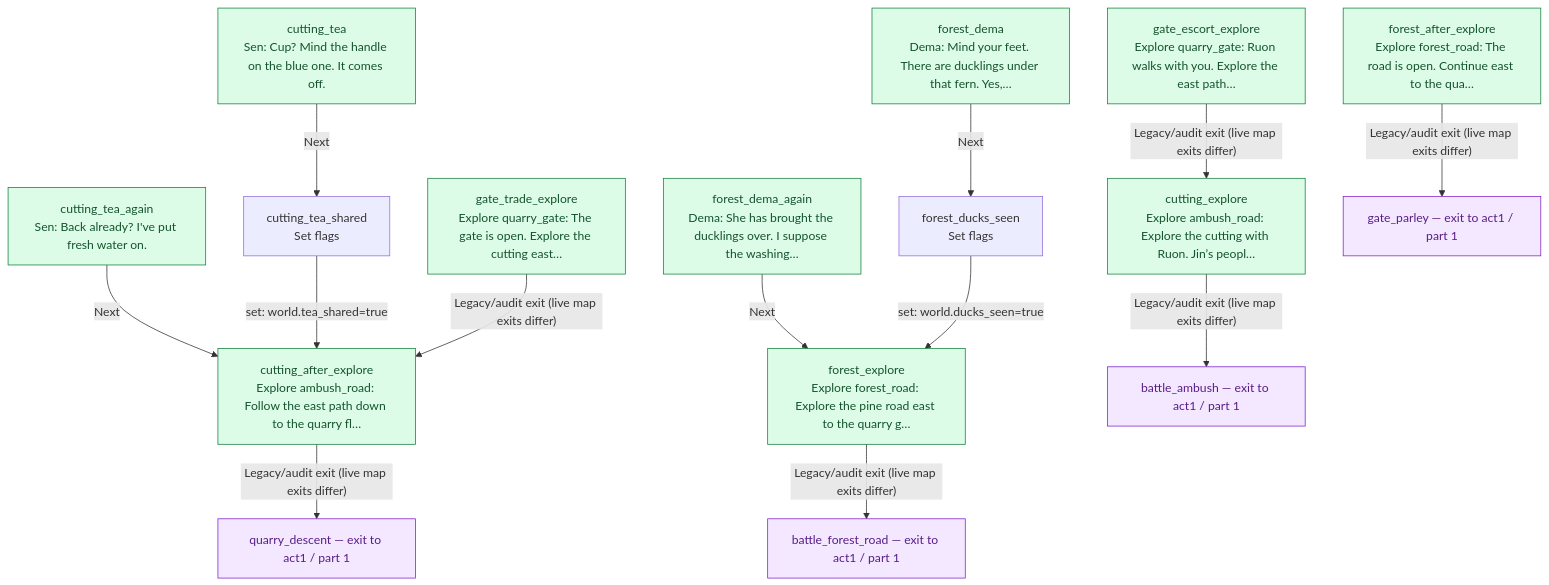
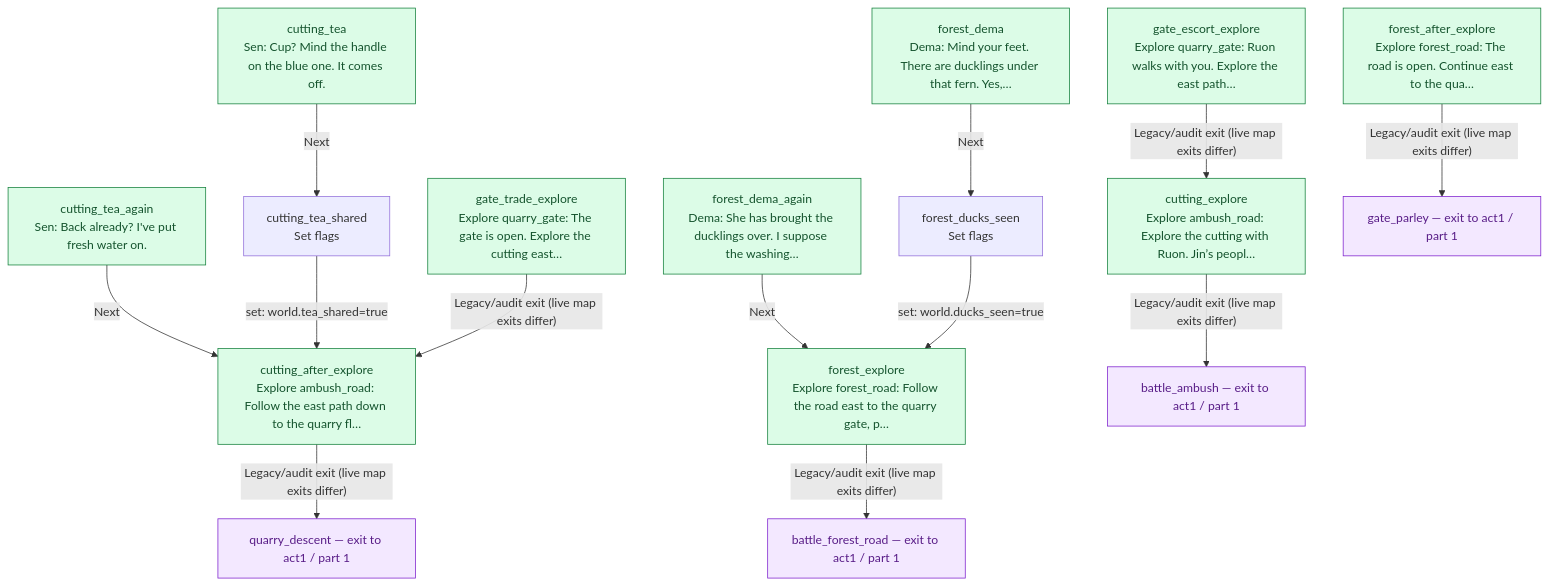
The diagram in docs/story/world.md (jaredbahr/Avatarrpg), drawn with Mermaid before and after one commit. The commit also changed 4 other files, not shown here.

First line of the commit message:
Point the forest objective east past the roadblock to the quarry gate

````diff
--- a/docs/story/world.md
+++ b/docs/story/world.md
@@ -21,34 +21,34 @@
 ```mermaid
 flowchart TD
   n12["cutting_after_explore<br/>Explore ambush_road: Follow the east path down to the quarry fl…"]:::entry
   n13["cutting_explore<br/>Explore ambush_road: Explore the cutting with Ruon. Jin’s peopl…"]:::entry
   n15["cutting_tea<br/>Sen: Cup? Mind the handle on the blue one. It comes off."]:::entry
   n16["cutting_tea_again<br/>Sen: Back already? I've put fresh water on."]:::entry
   n17["cutting_tea_shared<br/>Set flags"]
   n30["forest_after_explore<br/>Explore forest_road: The road is open. Continue east to the qua…"]:::entry
   n31["forest_dema<br/>Dema: Mind your feet. There are ducklings under that fern. Yes,…"]:::entry
   n32["forest_dema_again<br/>Dema: She has brought the ducklings over. I suppose the washing…"]:::entry
   n33["forest_ducks_seen<br/>Set flags"]
-  n34["forest_explore<br/>Explore forest_road: Explore the pine road east to the quarry g…"]:::entry
+  n34["forest_explore<br/>Explore forest_road: Follow the road east to the quarry gate, p…"]:::entry
   n43["gate_escort_explore<br/>Explore quarry_gate: Ruon walks with you. Explore the east path…"]:::entry
   n48["gate_trade_explore<br/>Explore quarry_gate: The gate is open. Explore the cutting east…"]:::entry
   n8["battle_ambush — exit to act1 / part 1"]:::external
   n9["battle_forest_road — exit to act1 / part 1"]:::external
   n45["gate_parley — exit to act1 / part 1"]:::external
   n79["quarry_descent — exit to act1 / part 1"]:::external
   n12 -->|"Legacy/audit exit (live map exits differ)"| n79
   n13 -->|"Legacy/audit exit (live map exits differ)"| n8
   n15 -->|"Next"| n17
   n16 -->|"Next"| n12
   n17 -->|"set: world.tea_shared=true"| n12
   n30 -->|"Legacy/audit exit (live map exits differ)"| n45
   n31 -->|"Next"| n33
   n32 -->|"Next"| n34
   n33 -->|"set: world.ducks_seen=true"| n34
   n34 -->|"Legacy/audit exit (live map exits differ)"| n9
   n43 -->|"Legacy/audit exit (live map exits differ)"| n13
   n48 -->|"Legacy/audit exit (live map exits differ)"| n12
   classDef entry fill:#dcfce7,stroke:#15803d,color:#14532d
   classDef external fill:#f3e8ff,stroke:#7e22ce,color:#581c87
   classDef continuation fill:#f8fafc,stroke:#475569,color:#0f172a,stroke-dasharray:5 5
 ```
````
